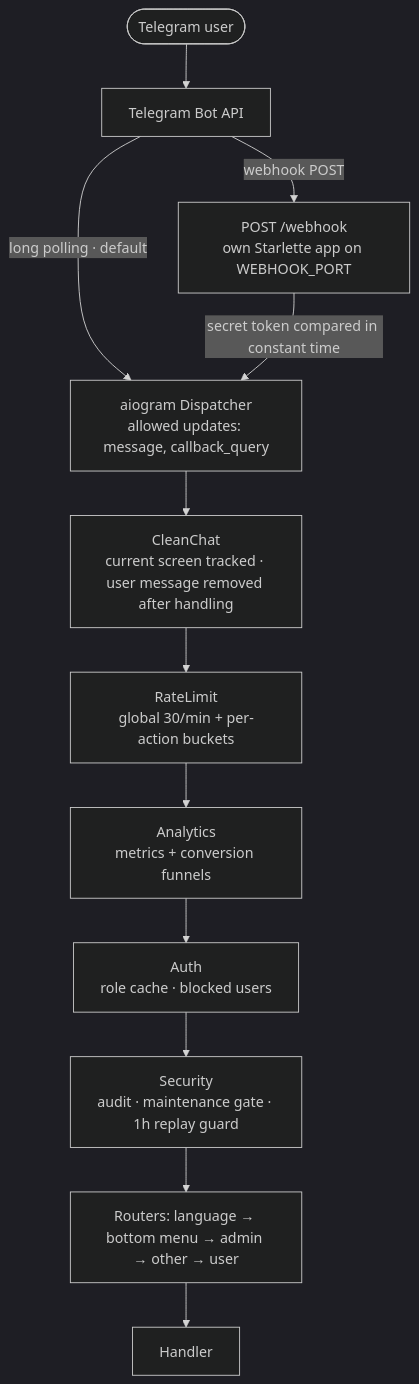
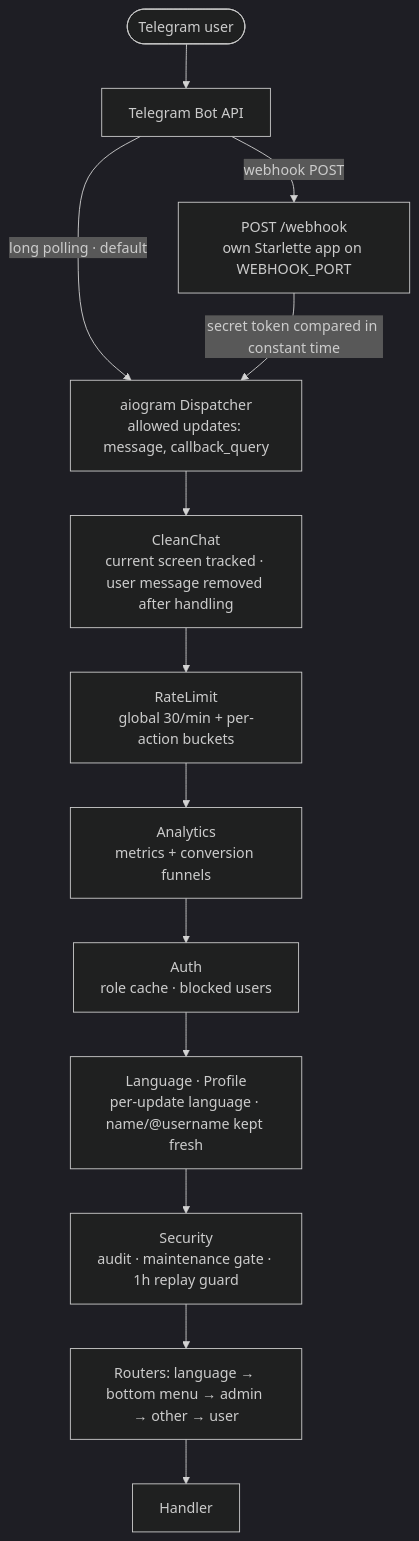
One commit to aventurine-tech/Telegram-shop changed the second of 5 diagrams in README.md. Above: the diagram before and after it, drawn with Mermaid (dark theme). The commit also changed other lines of this file and 17 other files, not shown here.

First line of the commit message:
Documentation set: AGENTS.md, CLAUDE.md, CHANGELOG, ROADMAP, principles and requirements register, decisions, workflow, naming, testing, security, standards, module guide/status, project state

````diff
--- a/README.md
+++ b/README.md
@@ -187,15 +187,16 @@
 ```mermaid
 flowchart TD
     U([Telegram user]) --> API[Telegram Bot API]
     API -->|long polling · default| DP
     API -->|webhook POST| WH["POST /webhook<br/>own Starlette app on WEBHOOK_PORT"]
     WH -->|secret token compared in constant time| DP
     DP["aiogram Dispatcher<br/>allowed updates: message, callback_query"]
     DP --> M0["CleanChat<br/>current screen tracked · user message removed after handling"]
     M0 --> M1["RateLimit<br/>global 30/min + per-action buckets"]
     M1 --> M2["Analytics<br/>metrics + conversion funnels"]
     M2 --> M3["Auth<br/>role cache · blocked users"]
-    M3 --> M4["Security<br/>audit · maintenance gate · 1h replay guard"]
+    M3 --> ML["Language · Profile<br/>per-update language · name/@username kept fresh"]
+    ML --> M4["Security<br/>audit · maintenance gate · 1h replay guard"]
     M4 --> R["Routers: language → bottom menu → admin → other → user"]
     R --> H[Handler]
 ```
````
